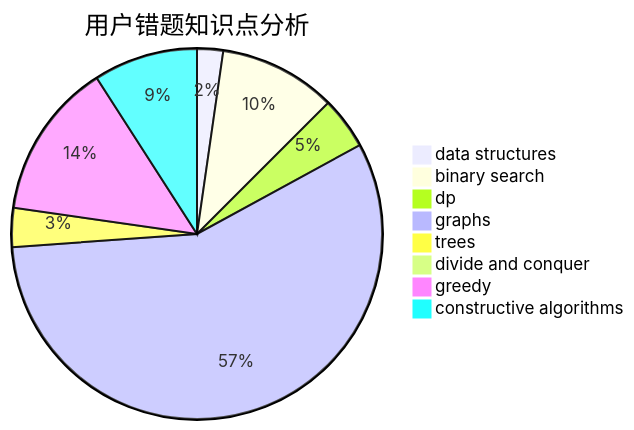
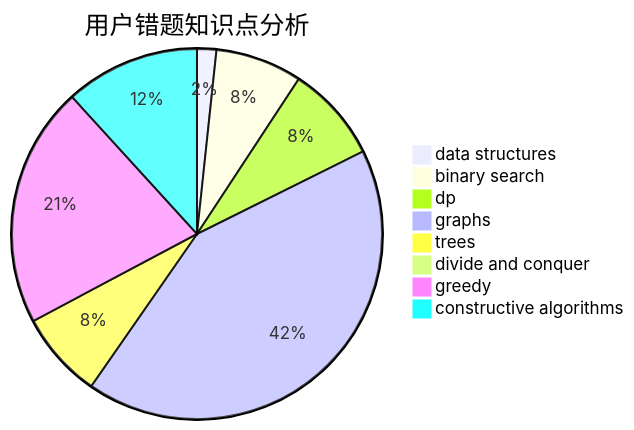
One commit to sherpahu/cfrs.github.io changed the third of 3 diagrams in docs/user/u2584.md. Above: the diagram before and after it, drawn with Mermaid. The commit also changed other lines of this file and 2770 other files, not shown here.

````diff
--- a/docs/user/u2584.md
+++ b/docs/user/u2584.md
@@ -36,11 +36,11 @@
 ```mermaid
 pie title 用户错题知识点分析
     "data structures" :  2
     "binary search" :  9
-    "dp" :  4
+    "dp" :  10
     "graphs" :  50
-    "trees" :  3
+    "trees" :  9
     "divide and conquer" :  0
-    "greedy" :  12
-    "constructive algorithms" :  8
+    "greedy" :  25
+    "constructive algorithms" :  14
 ```
````
